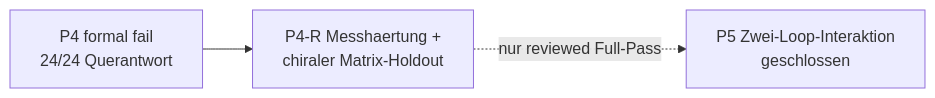
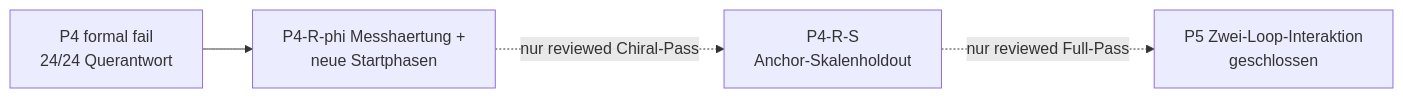
Before and after one commit to MemoryDynamics/Knoten: the diagram in docs/status/project_priorities.md, drawn with Mermaid. The commit also changed other lines of this file and 11 other files, not shown here.

````diff
--- a/docs/status/project_priorities.md
+++ b/docs/status/project_priorities.md
@@ -39,9 +39,11 @@
 ```mermaid
 flowchart LR
     p4["P4 formal fail<br/>24/24 Querantwort"]
-    p4r["P4-R Messhaertung +<br/>chiraler Matrix-Holdout"]
+    p4rphi["P4-R-phi Messhaertung +<br/>neue Startphasen"]
+    p4rs["P4-R-S<br/>Anchor-Skalenholdout"]
     p5["P5 Zwei-Loop-Interaktion<br/>geschlossen"]
 
-    p4 --> p4r
-    p4r -. nur reviewed Full-Pass .-> p5
+    p4 --> p4rphi
+    p4rphi -. nur reviewed Chiral-Pass .-> p4rs
+    p4rs -. nur reviewed Full-Pass .-> p5
 ```
````
